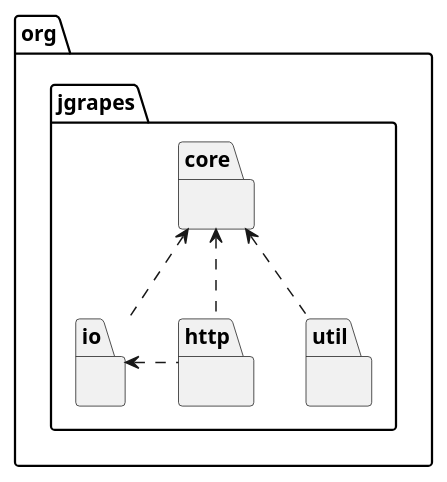
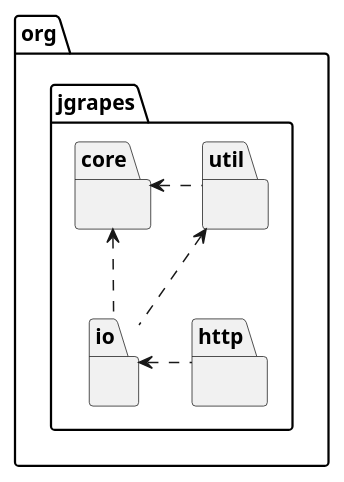
Before and after one commit to mnlipp/jgrapes: the diagram in overview.md, drawn with PlantUML. The commit also changed 6 other files, not shown here.

```diff
--- a/overview.md
+++ b/overview.md
@@ -28,24 +28,24 @@
 @startuml package-hierarchy.svg
 skinparam svgLinkTarget _parent
 
 package org.jgrapes {
     package org.jgrapes.core [[org/jgrapes/core/package-summary.html#package.description]] {
     }
 
     package org.jgrapes.util [[org/jgrapes/util/package-summary.html#package.description]] {
     }
 
     package org.jgrapes.io [[org/jgrapes/io/package-summary.html#package.description]] {
     }
 
     package org.jgrapes.http [[org/jgrapes/http/package-summary.html#package.description]] {
     }
 }
 
+org.jgrapes.core <.right. org.jgrapes.util
 org.jgrapes.core <.. org.jgrapes.io
-org.jgrapes.core <.. org.jgrapes.util
-org.jgrapes.core <.. org.jgrapes.http
+org.jgrapes.util <.. org.jgrapes.io
 org.jgrapes.io <.right. org.jgrapes.http
 
 
 @enduml
```
